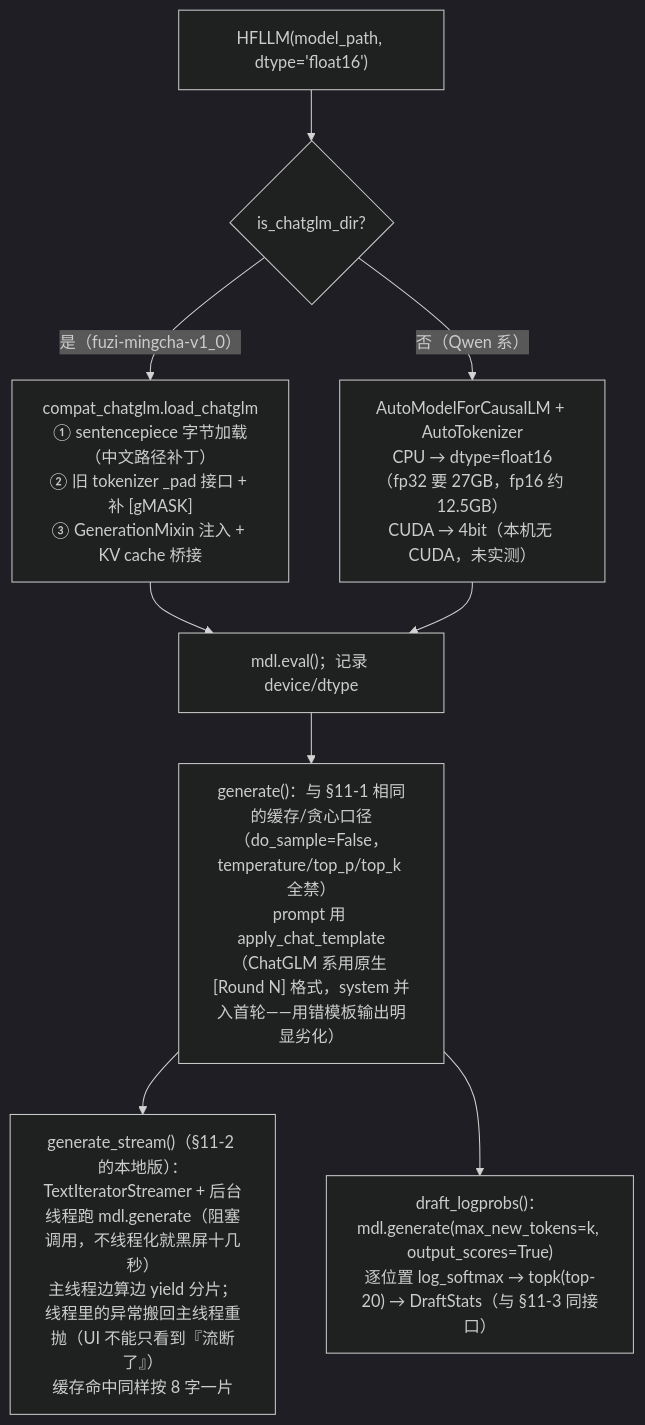
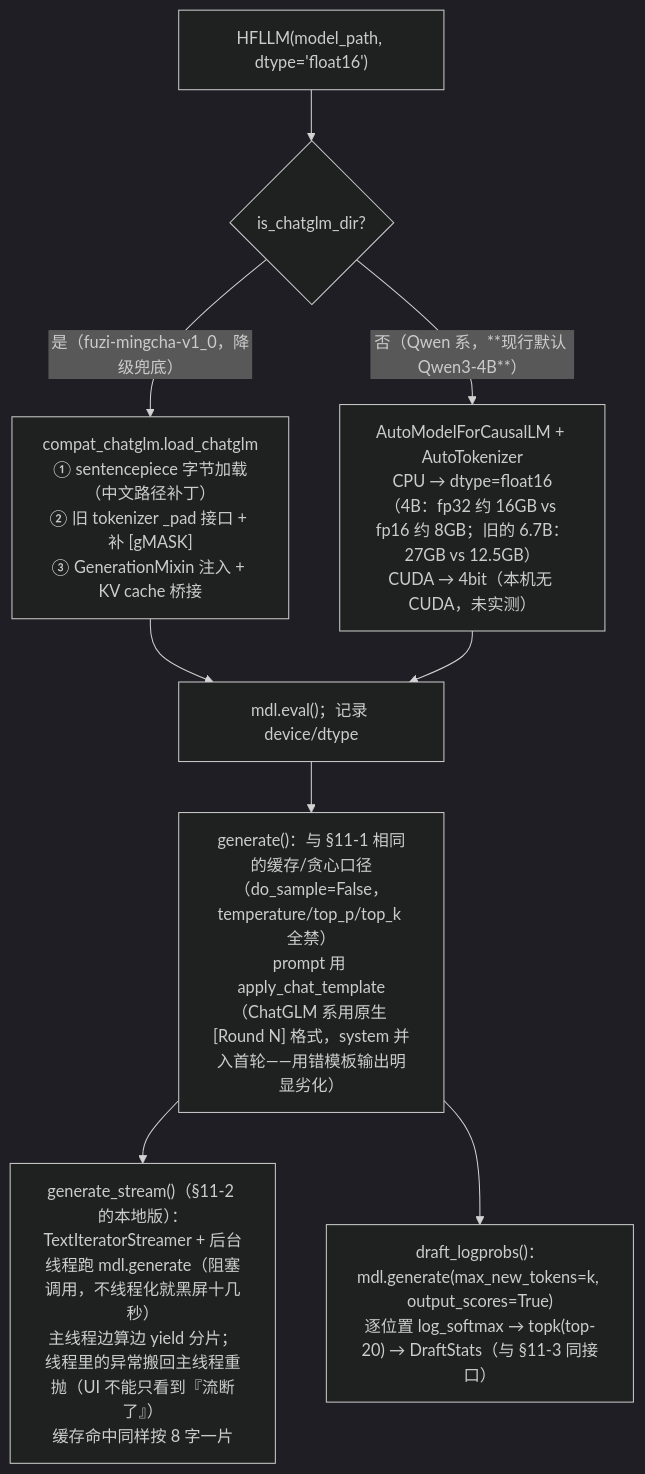
One commit to woodforestsen/lawgate changed diagram 18 of 26 in docs/功能流程图.md. Above: the diagram before and after it, drawn with Mermaid (dark theme). The commit also changed other lines of this file and 724 other files, not shown here.

````diff
--- a/docs/功能流程图.md
+++ b/docs/功能流程图.md
@@ -522,11 +530,11 @@
 ```mermaid
 flowchart TD
     H0["HFLLM(model_path, dtype='float16')"] --> H1{"is_chatglm_dir?"}
-    H1 -- "是（fuzi-mingcha-v1_0）" --> H2["compat_chatglm.load_chatglm<br/>① sentencepiece 字节加载（中文路径补丁）<br/>② 旧 tokenizer _pad 接口 + 补 [gMASK]<sop><br/>③ GenerationMixin 注入 + KV cache 桥接"]
-    H1 -- "否（Qwen 系）" --> H3["AutoModelForCausalLM + AutoTokenizer<br/>CPU → dtype=float16（fp32 要 27GB，fp16 约 12.5GB）<br/>CUDA → 4bit（本机无 CUDA，未实测）"]
+    H1 -- "是（fuzi-mingcha-v1_0，降级兜底）" --> H2["compat_chatglm.load_chatglm<br/>① sentencepiece 字节加载（中文路径补丁）<br/>② 旧 tokenizer _pad 接口 + 补 [gMASK]<sop><br/>③ GenerationMixin 注入 + KV cache 桥接"]
+    H1 -- "否（Qwen 系，**现行默认 Qwen3-4B**）" --> H3["AutoModelForCausalLM + AutoTokenizer<br/>CPU → dtype=float16（4B：fp32 约 16GB vs fp16 约 8GB；旧的 6.7B：27GB vs 12.5GB）<br/>CUDA → 4bit（本机无 CUDA，未实测）"]
     H2 --> H4["mdl.eval()；记录 device/dtype"]
     H3 --> H4
     H4 --> H5["generate()：与 §11-1 相同的缓存/贪心口径（do_sample=False，temperature/top_p/top_k 全禁）<br/>prompt 用 apply_chat_template（ChatGLM 系用原生 [Round N] 格式，system 并入首轮——用错模板输出明显劣化）"]
     H5 --> H6["generate_stream()（§11-2 的本地版）：<br/>TextIteratorStreamer + 后台线程跑 mdl.generate（阻塞调用，不线程化就黑屏十几秒）<br/>主线程边算边 yield 分片；线程里的异常搬回主线程重抛（UI 不能只看到『流断了』）<br/>缓存命中同样按 8 字一片"]
     H5 --> H7["draft_logprobs()：mdl.generate(max_new_tokens=k, output_scores=True)<br/>逐位置 log_softmax → topk(top-20) → DraftStats（与 §11-3 同接口）"]
 ```
````
